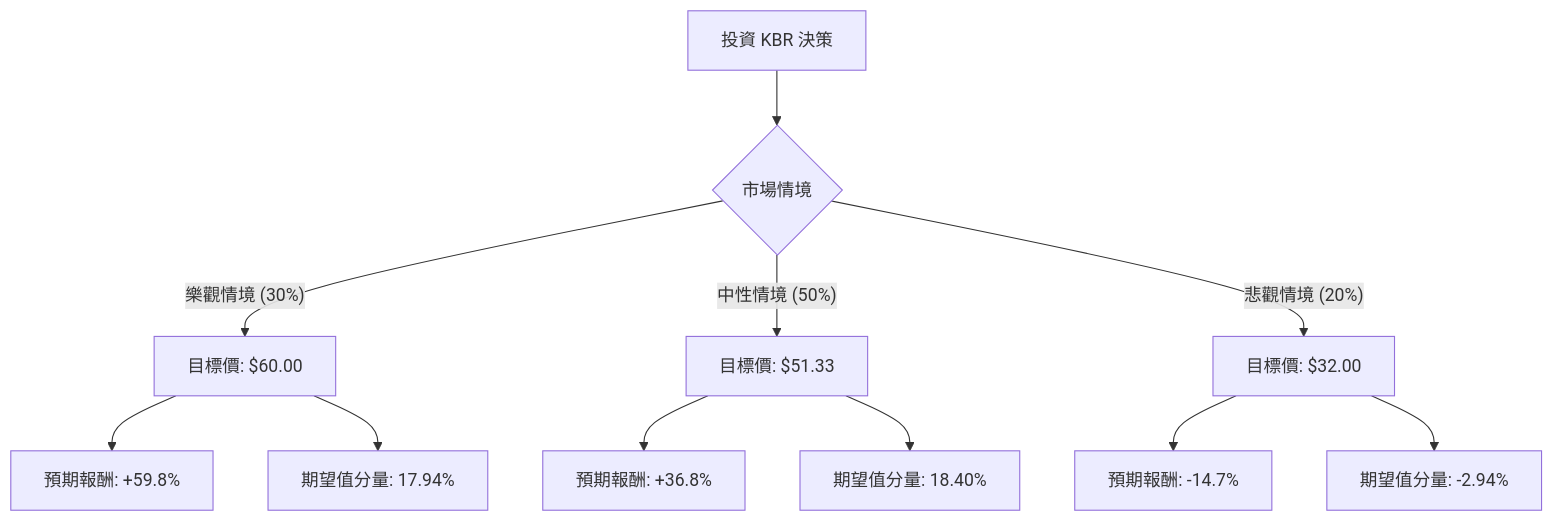
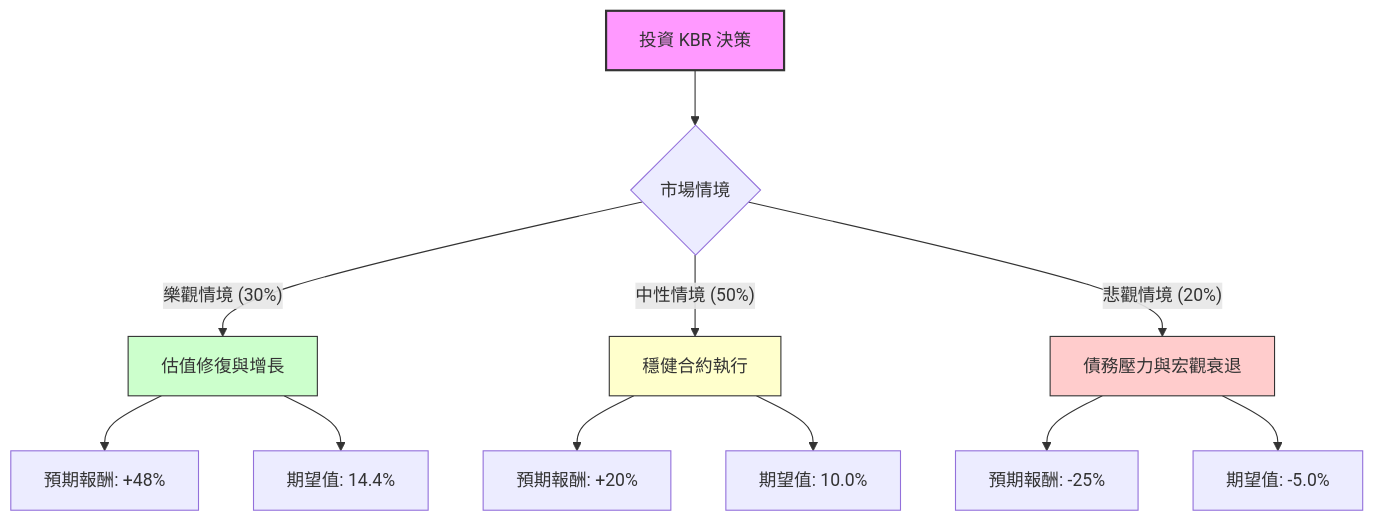
One commit to zmcx16/zmcx16.github.io changed the diagram in plugin-react/ai-analysis/ev-analysis/KBR.md. Above: the diagram before and after it, drawn with Mermaid. The commit also changed other lines of this file and 82 other files, not shown here.

````diff
--- a/plugin-react/ai-analysis/ev-analysis/KBR.md
+++ b/plugin-react/ai-analysis/ev-analysis/KBR.md
@@ -19,16 +19,21 @@
 ```mermaid
 graph TD
     A[投資 KBR 決策] --> B{市場情境}
     
-    B -- 樂觀情境 (30%) --> C[目標價: $60.00]
-    C --> C1[預期報酬: +59.8%]
-    C --> C2[期望值分量: 17.94%]
+    B -- 樂觀情境 (30%) --> C[估值修復與增長]
+    C --> C1[預期報酬: +48%]
+    C --> C2[期望值: 14.4%]
 
-    B -- 中性情境 (50%) --> D[目標價: $51.33]
-    D --> D1[預期報酬: +36.8%]
-    D --> D2[期望值分量: 18.40%]
+    B -- 中性情境 (50%) --> D[穩健合約執行]
+    D --> D1[預期報酬: +20%]
+    D --> D2[期望值: 10.0%]
 
-    B -- 悲觀情境 (20%) --> E[目標價: $32.00]
-    E --> E1[預期報酬: -14.7%]
-    E --> E2[期望值分量: -2.94%]
+    B -- 悲觀情境 (20%) --> E[債務壓力與宏觀衰退]
+    E --> E1[預期報酬: -25%]
+    E --> E2[期望值: -5.0%]
+
+    style A fill:#f9f,stroke:#333,stroke-width:2px
+    style C fill:#ccffcc,stroke:#333
+    style D fill:#ffffcc,stroke:#333
+    style E fill:#ffcccc,stroke:#333
 ```
````
